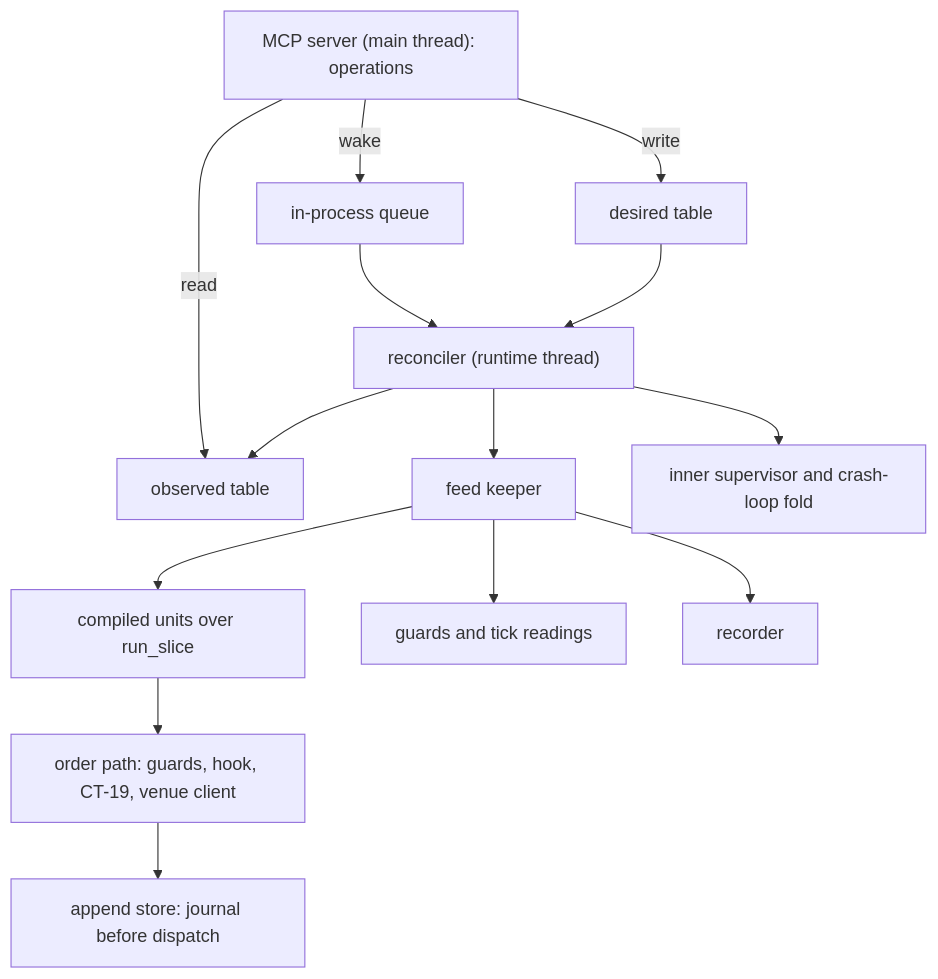
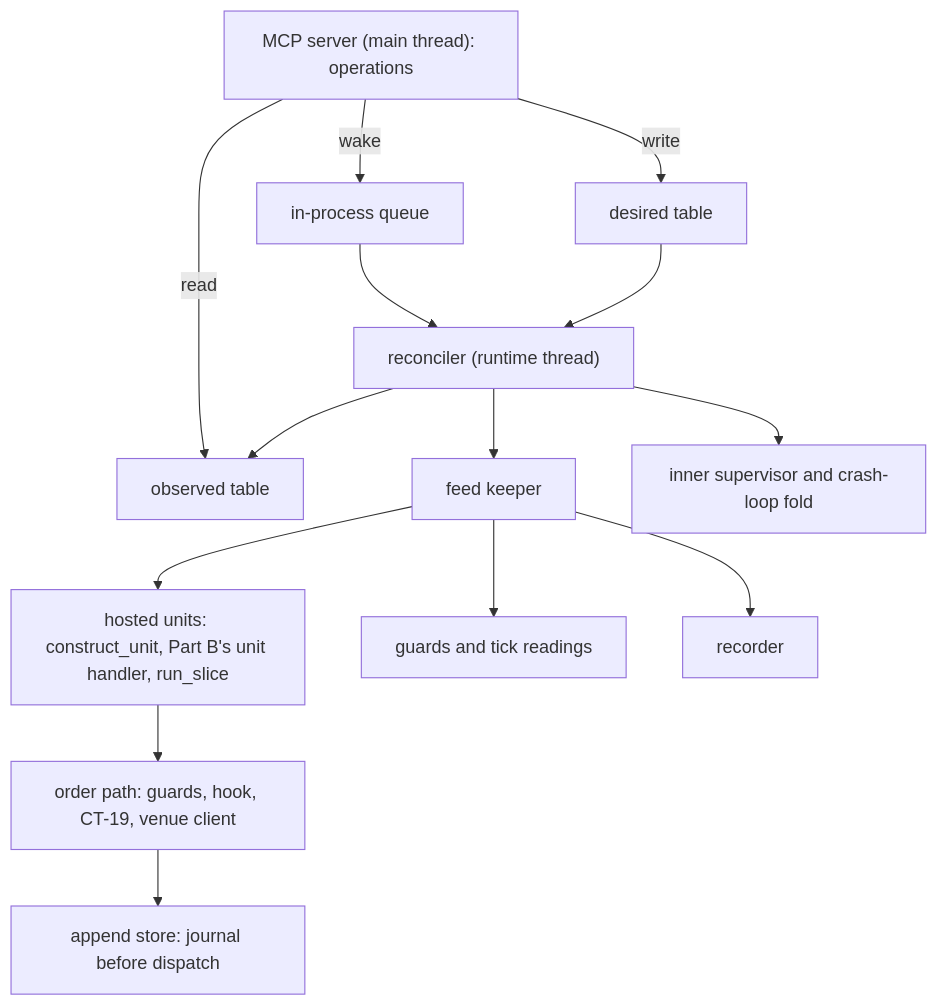
The third of 3 diagrams in tracker/risk-sizing/architecture/parts/C-node-mis-external/ARCHITECTURE-SPINE.md (mubarakhimself-byte/QMX), drawn with Mermaid before and after one commit. The commit also changed other lines of this file and 13 other files, not shown here.

````diff
--- a/tracker/risk-sizing/architecture/parts/C-node-mis-external/ARCHITECTURE-SPINE.md
+++ b/tracker/risk-sizing/architecture/parts/C-node-mis-external/ARCHITECTURE-SPINE.md
@@ -481,16 +500,16 @@
 ```mermaid
 flowchart TB
   MCP["MCP server (main thread): operations"] -->|"write"| DES["desired table"]
   MCP -->|"read"| OBS["observed table"]
   MCP -->|"wake"| Q["in-process queue"]
   Q --> REC["reconciler (runtime thread)"]
   DES --> REC
   REC --> OBS
   REC --> FK["feed keeper"]
-  FK --> UNITS["compiled units over run_slice"]
+  FK --> UNITS["hosted units: construct_unit, Part B's unit handler, run_slice"]
   FK --> GUARDS["guards and tick readings"]
   FK --> RECORDER["recorder"]
   UNITS --> PATH["order path: guards, hook, CT-19, venue client"]
   PATH --> APPEND["append store: journal before dispatch"]
   REC --> HEAL["inner supervisor and crash-loop fold"]
 ```
````
